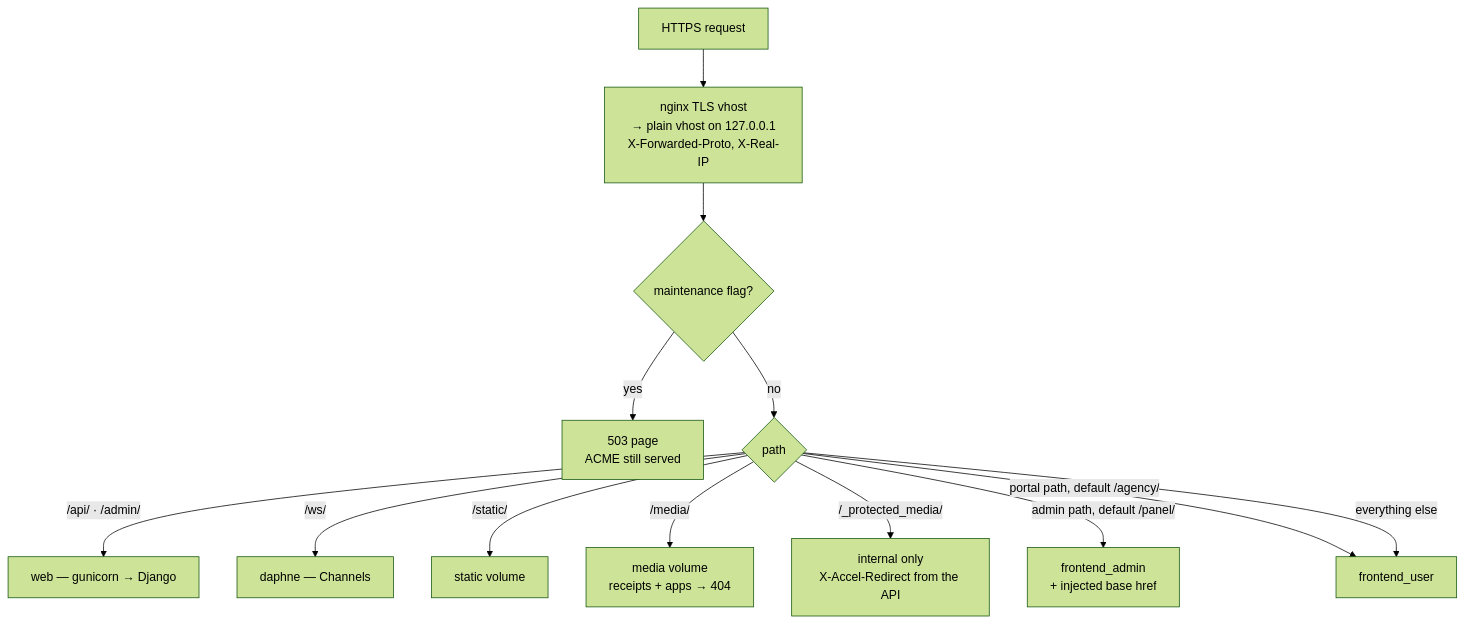
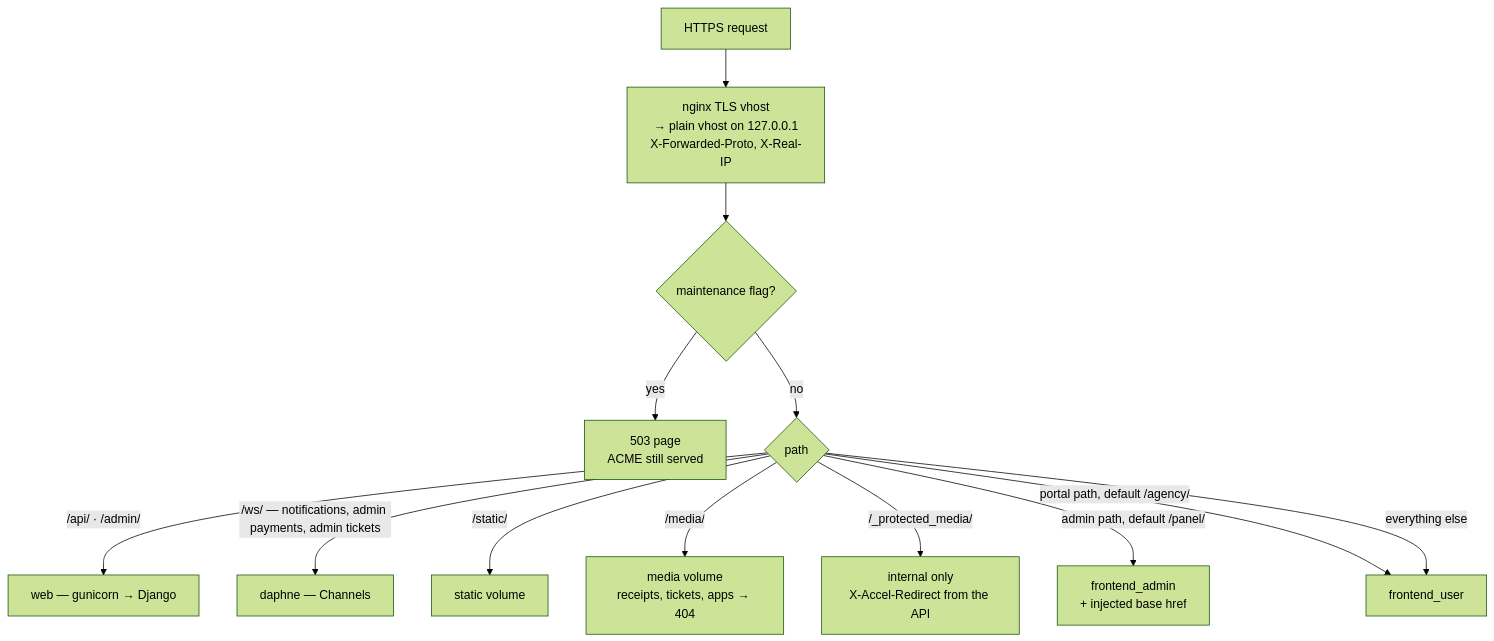
The second of 2 diagrams in docs/architecture.md (santiyagoburcart/caspintunel), drawn with Mermaid (forest theme) before and after one commit. The commit also changed other lines of this file and 43 other files, not shown here.

````diff
--- a/docs/architecture.md
+++ b/docs/architecture.md
@@ -78,15 +78,15 @@
 ```mermaid
 flowchart TD
     req[HTTPS request] --> tls[nginx TLS vhost<br/>→ plain vhost on 127.0.0.1<br/>X-Forwarded-Proto, X-Real-IP]
     tls --> m{maintenance flag?}
     m -->|yes| m503[503 page<br/>ACME still served]
     m -->|no| r{path}
     r -->|/api/ · /admin/| web[web — gunicorn → Django]
-    r -->|/ws/| daphne[daphne — Channels]
+    r -->|/ws/ — notifications, admin payments, admin tickets| daphne[daphne — Channels]
     r -->|/static/| static[static volume]
-    r -->|/media/| media[media volume<br/>receipts + apps → 404]
+    r -->|/media/| media[media volume<br/>receipts, tickets, apps → 404]
     r -->|/_protected_media/| prot[internal only<br/>X-Accel-Redirect from the API]
     r -->|admin path, default /panel/| fa[frontend_admin<br/>+ injected base href]
     r -->|portal path, default /agency/| fu
     r -->|everything else| fu[frontend_user]
 ```
````
